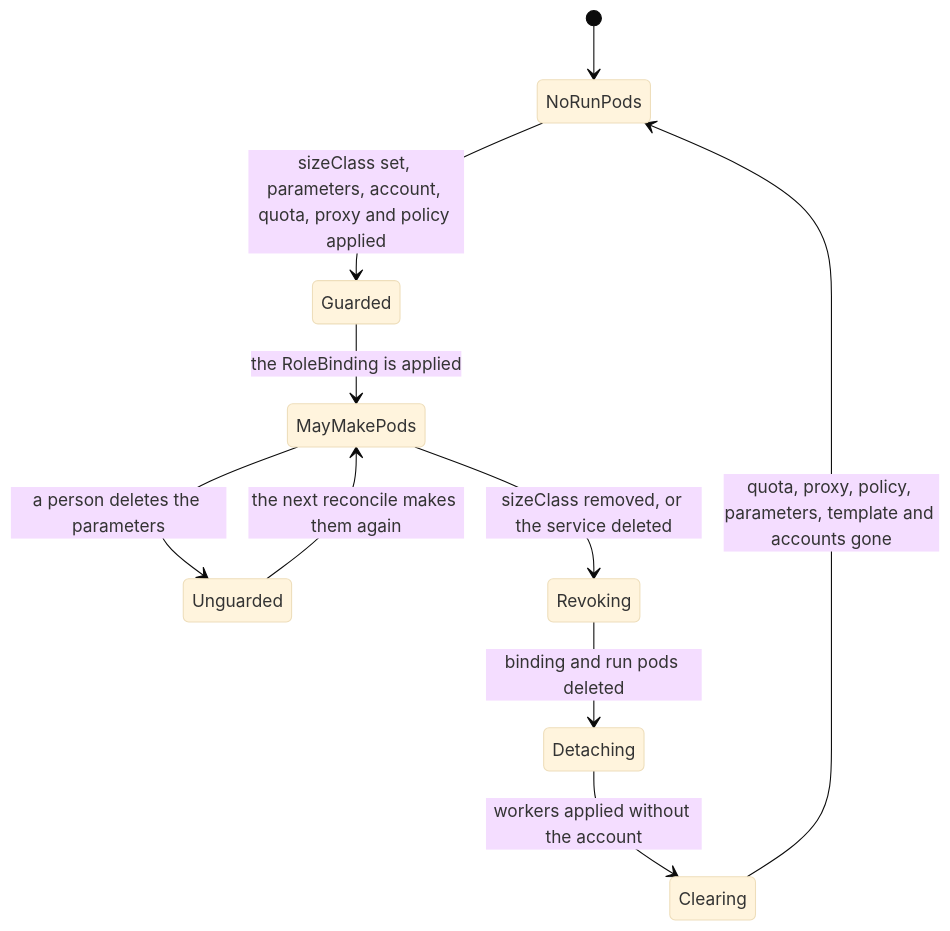
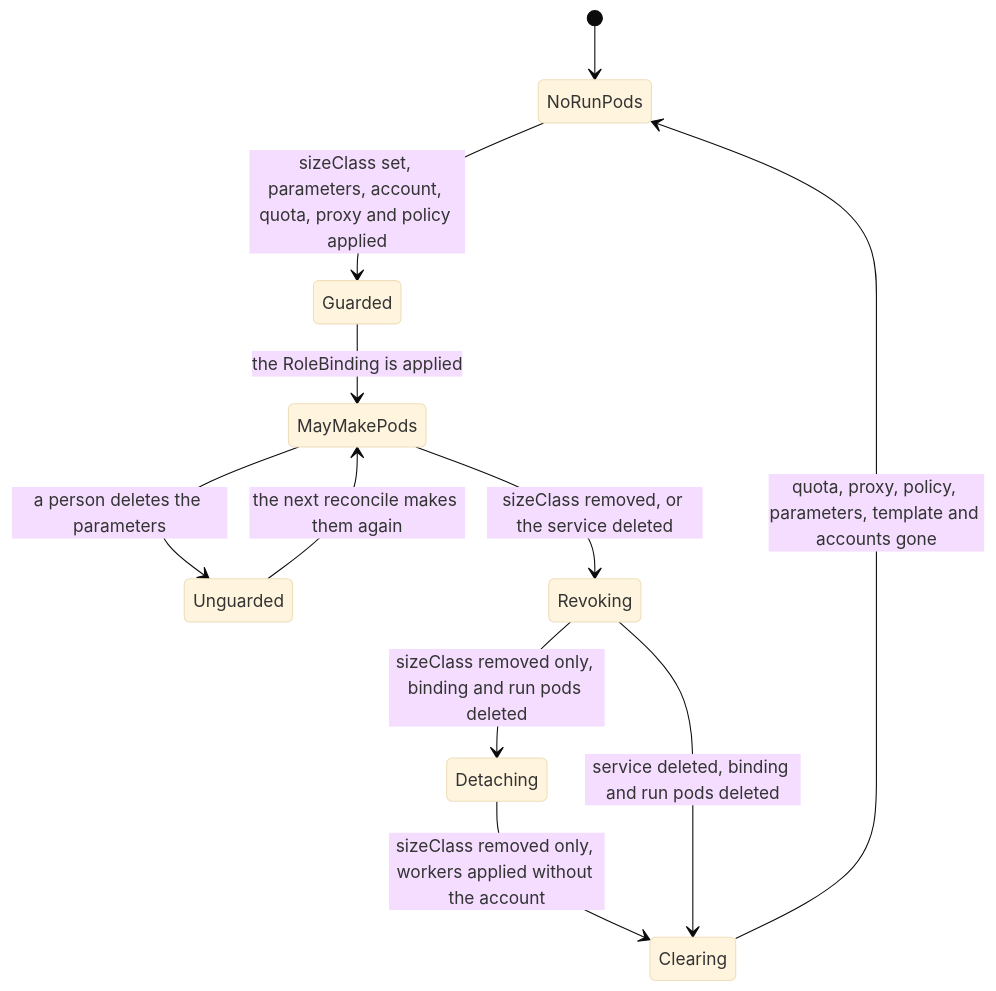
Before and after one commit to vymalo/another-agentic-platform: the second of 4 diagrams in docs/guides/deploy/run-pods.md, drawn with Mermaid (base theme). The commit also changed other lines of this file and 2 other files, not shown here.

````diff
--- a/docs/guides/deploy/run-pods.md
+++ b/docs/guides/deploy/run-pods.md
@@ -125,12 +125,13 @@
 ```mermaid
 stateDiagram-v2
   [*] --> NoRunPods
   NoRunPods --> Guarded: sizeClass set, parameters, account, quota, proxy and policy applied
   Guarded --> MayMakePods: the RoleBinding is applied
   MayMakePods --> Unguarded: a person deletes the parameters
   Unguarded --> MayMakePods: the next reconcile makes them again
   MayMakePods --> Revoking: sizeClass removed, or the service deleted
-  Revoking --> Detaching: binding and run pods deleted
-  Detaching --> Clearing: workers applied without the account
+  Revoking --> Detaching: sizeClass removed only, binding and run pods deleted
+  Detaching --> Clearing: sizeClass removed only, workers applied without the account
+  Revoking --> Clearing: service deleted, binding and run pods deleted
   Clearing --> NoRunPods: quota, proxy, policy, parameters, template and accounts gone
 ```
````
